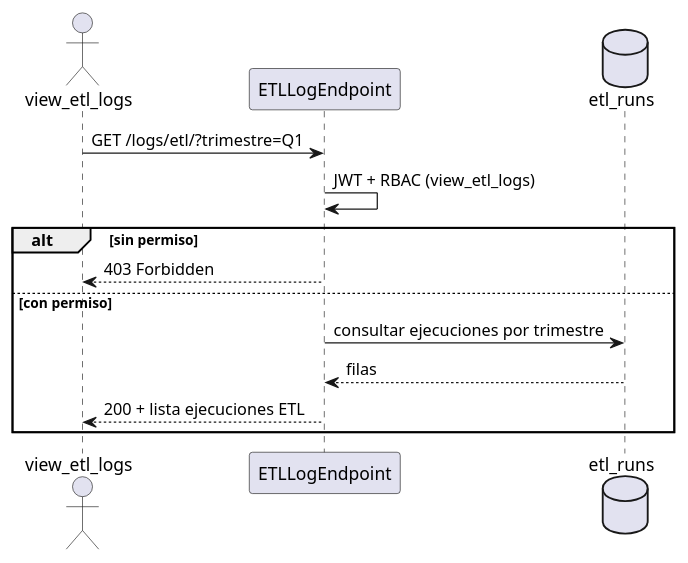
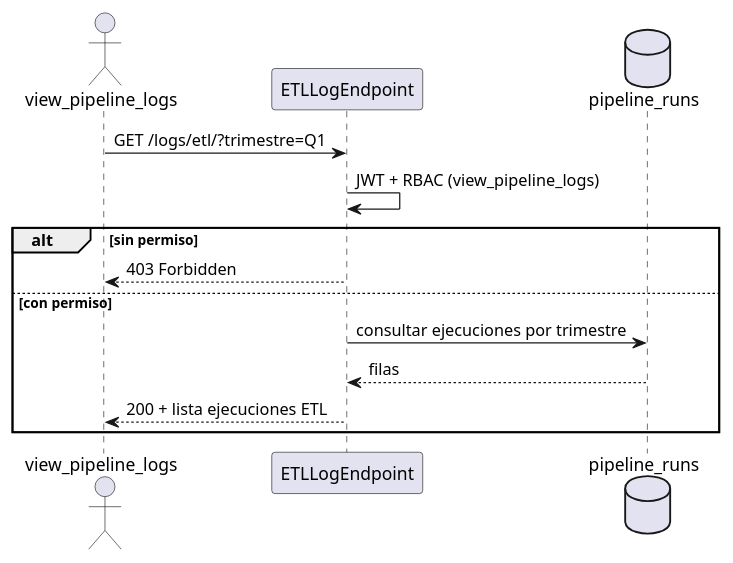
One commit to jcg-admin/IACT-docs changed the diagram in source/requisitos/casos-uso/logs/uc-log-02/diagramas-uml/secuencia-de-consulta-etl-log.rst. Above: the diagram before and after it, drawn with PlantUML. The commit also changed 96 other files, not shown here.

First line of the commit message:
Apply CNST-033: rename ETL→Pipeline in domain-model + sweep refs

```diff
--- a/source/requisitos/casos-uso/logs/uc-log-02/diagramas-uml/secuencia-de-consulta-etl-log.rst
+++ b/source/requisitos/casos-uso/logs/uc-log-02/diagramas-uml/secuencia-de-consulta-etl-log.rst
@@ -4,17 +4,17 @@
 .. uml::
 
  @startuml
- actor "view_etl_logs" as view_etl_logs
+ actor "view_pipeline_logs" as view_pipeline_logs
  participant "ETLLogEndpoint" as Etllogendpoint
- database "etl_runs" as etl_runs
+ database "pipeline_runs" as pipeline_runs
 
- view_etl_logs -> Etllogendpoint : GET /logs/etl/?trimestre=Q1
- Etllogendpoint -> Etllogendpoint : JWT + RBAC (view_etl_logs)
+ view_pipeline_logs -> Etllogendpoint : GET /logs/etl/?trimestre=Q1
+ Etllogendpoint -> Etllogendpoint : JWT + RBAC (view_pipeline_logs)
  alt sin permiso
-   Etllogendpoint --> view_etl_logs : 403 Forbidden
+   Etllogendpoint --> view_pipeline_logs : 403 Forbidden
  else con permiso
-   Etllogendpoint -> etl_runs : consultar ejecuciones por trimestre
-   etl_runs --> Etllogendpoint : filas
-   Etllogendpoint --> view_etl_logs : 200 + lista ejecuciones ETL
+   Etllogendpoint -> pipeline_runs : consultar ejecuciones por trimestre
+   pipeline_runs --> Etllogendpoint : filas
+   Etllogendpoint --> view_pipeline_logs : 200 + lista ejecuciones ETL
  end
  @enduml
```
